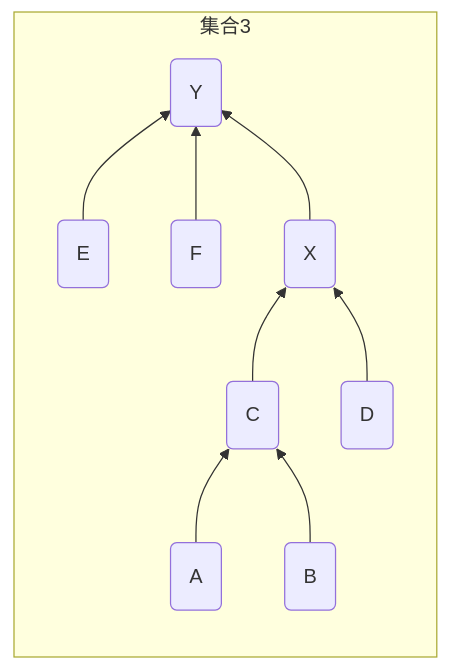
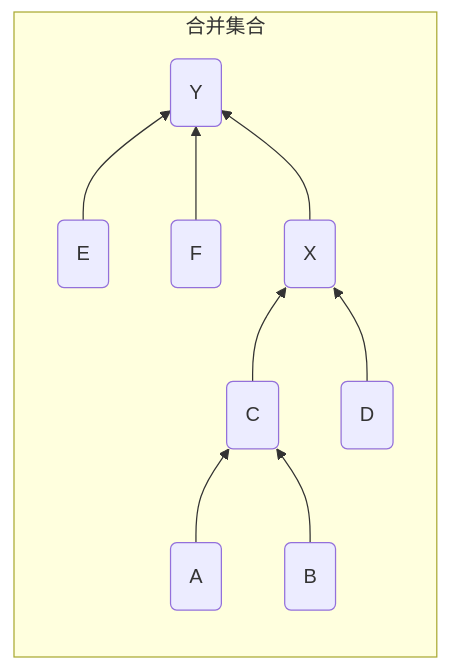
The eighth of 13 diagrams in _posts/data_structure/graph/2021-10-06-并查集与最小生成树.md (dmjcb/dmjcb.github.io), drawn with Mermaid before and after one commit. The commit also changed other lines of this file and 33 other files, not shown here.

````diff
--- a/_posts/data_structure/graph/2021-10-06-并查集与最小生成树.md
+++ b/_posts/data_structure/graph/2021-10-06-并查集与最小生成树.md
@@ -149,13 +170,13 @@
 ```mermaid
 graph LR;
-    subgraph 集合3
+    subgraph 合并集合
     direction BT
         a(A)-->c(C)
         b(B)-->c(C)
         c(C)-->x(X)
         d(D)-->x(X)
         e(E)-->y(Y)
         f(F)-->y(Y)
         x -->y
     end
 ```
````
